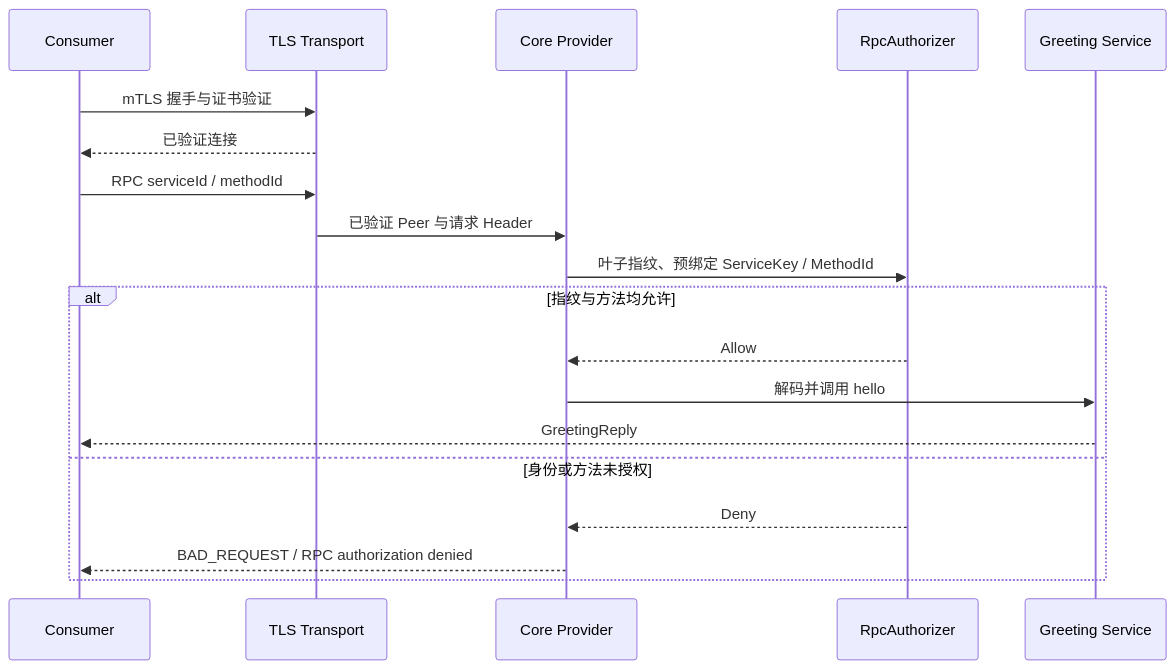
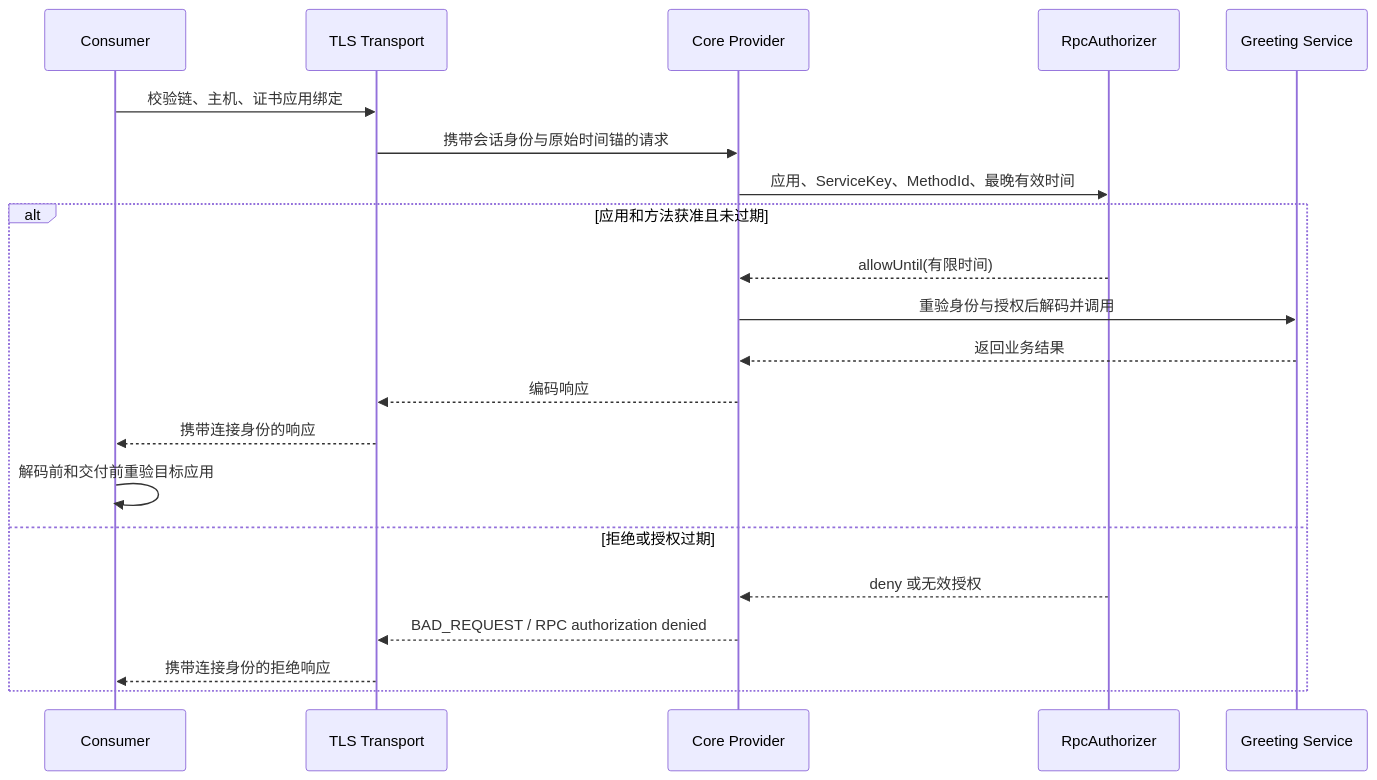
One commit to Ryan-Guizhou/otryx-rpc changed the third of 3 diagrams in otryx-quickstart/README.md. Above: the diagram before and after it, drawn with Mermaid. The commit also changed other lines of this file and 224 other files, not shown here.

````diff
--- a/otryx-quickstart/README.md
+++ b/otryx-quickstart/README.md
@@ -289,21 +315,23 @@
 ```mermaid
 sequenceDiagram
     participant C as Consumer
     participant T as TLS Transport
     participant P as Core Provider
     participant A as RpcAuthorizer
     participant S as Greeting Service
-    C->>T: mTLS 握手与证书验证
-    T-->>C: 已验证连接
-    C->>T: RPC serviceId / methodId
-    T->>P: 已验证 Peer 与请求 Header
-    P->>A: 叶子指纹、预绑定 ServiceKey / MethodId
-    alt 指纹与方法均允许
-        A-->>P: Allow
-        P->>S: 解码并调用 hello
-        S-->>C: GreetingReply
-    else 身份或方法未授权
-        A-->>P: Deny
-        P-->>C: BAD_REQUEST / RPC authorization denied
+    C->>T: 校验链、主机、证书应用绑定
+    T->>P: 携带会话身份与原始时间锚的请求
+    P->>A: 应用、ServiceKey、MethodId、最晚有效时间
+    alt 应用和方法获准且未过期
+        A-->>P: allowUntil(有限时间)
+        P->>S: 重验身份与授权后解码并调用
+        S-->>P: 返回业务结果
+        P-->>T: 编码响应
+        T-->>C: 携带连接身份的响应
+        C->>C: 解码前和交付前重验目标应用
+    else 拒绝或授权过期
+        A-->>P: deny 或无效授权
+        P-->>T: BAD_REQUEST / RPC authorization denied
+        T-->>C: 携带连接身份的拒绝响应
     end
 ```
````
